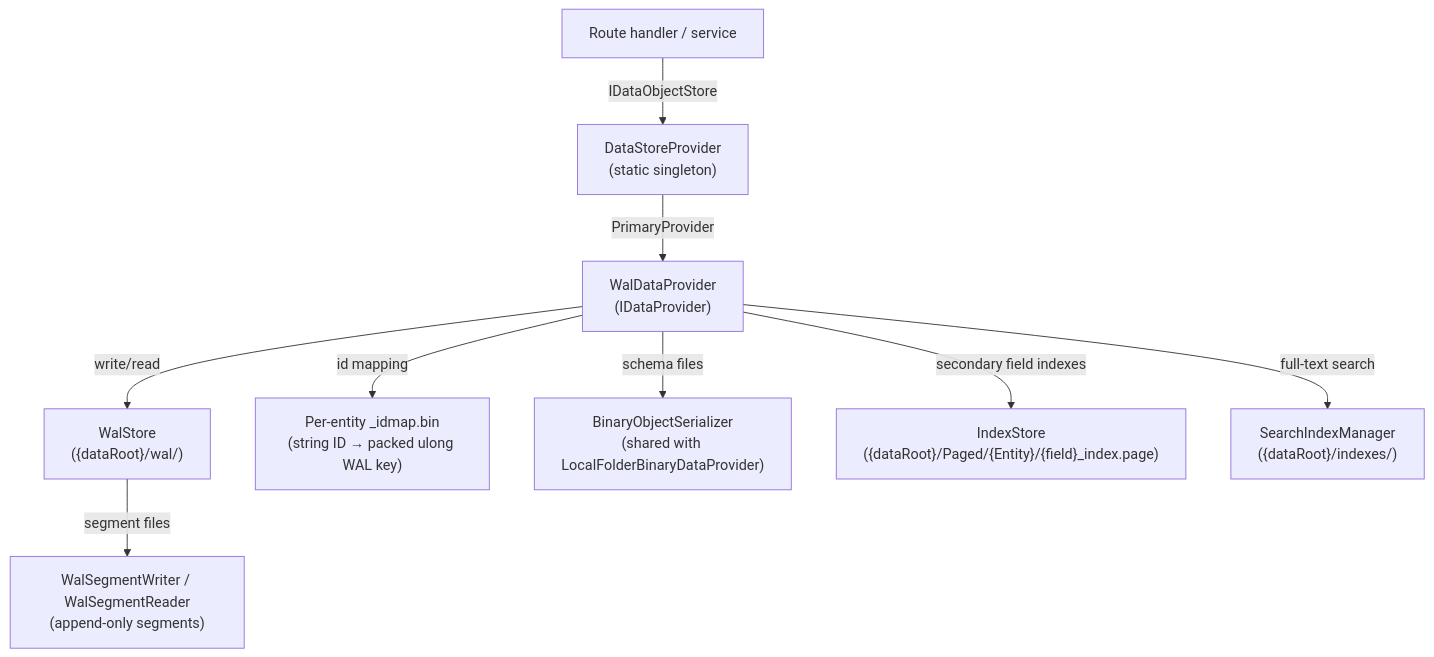
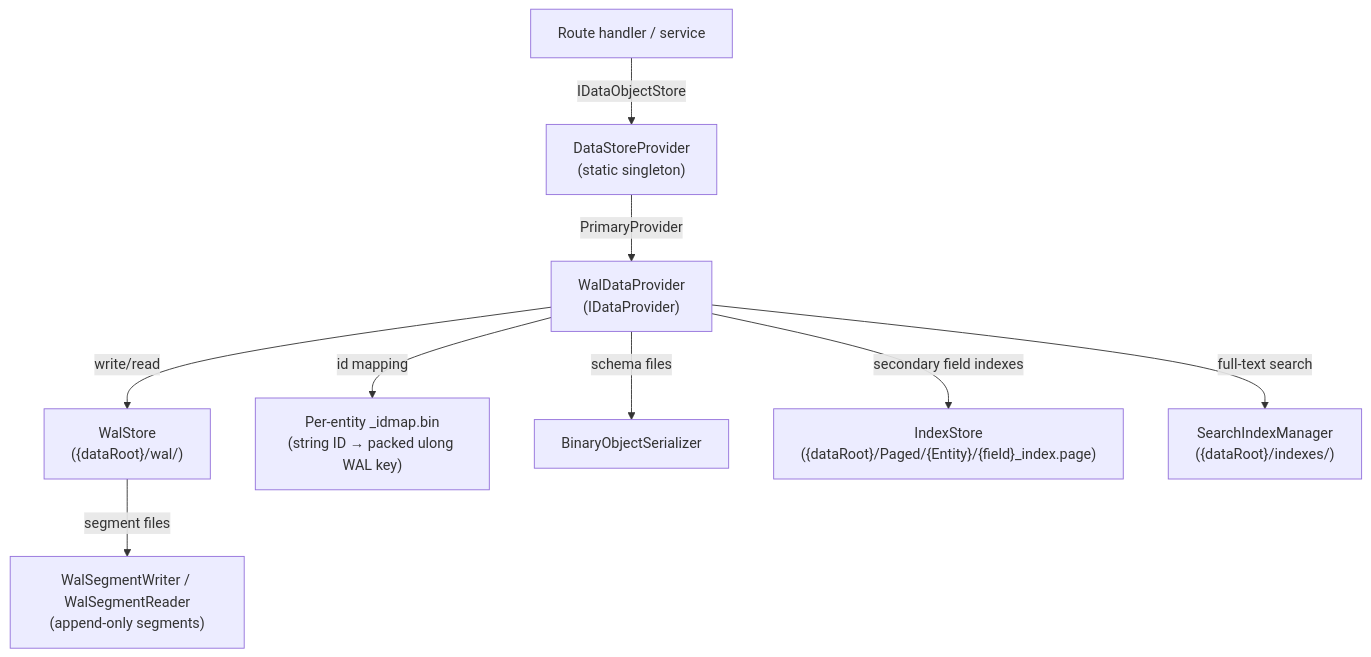
One commit to WillEastbury/BareMetalWeb changed the first of 8 diagrams in docs/architecture/data-layer.md. Above: the diagram before and after it, drawn with Mermaid. The commit also changed other lines of this file and 3 other files, not shown here.

````diff
--- a/docs/architecture/data-layer.md
+++ b/docs/architecture/data-layer.md
@@ -27,11 +13,11 @@
 ```mermaid
 graph TD
     Consumer["Route handler / service"] -->|IDataObjectStore| DSP["DataStoreProvider<br/>(static singleton)"]
     DSP -->|PrimaryProvider| WAL["WalDataProvider<br/>(IDataProvider)"]
     WAL -->|write/read| WS["WalStore<br/>({dataRoot}/wal/)"]
     WS -->|segment files| SEG["WalSegmentWriter / WalSegmentReader<br/>(append-only segments)"]
     WAL -->|id mapping| IDMap["Per-entity _idmap.bin<br/>(string ID → packed ulong WAL key)"]
-    WAL -->|schema files| BOS["BinaryObjectSerializer<br/>(shared with LocalFolderBinaryDataProvider)"]
+    WAL -->|schema files| BOS["BinaryObjectSerializer"]
     WAL -->|secondary field indexes| IS["IndexStore<br/>({dataRoot}/Paged/{Entity}/{field}_index.page)"]
     WAL -->|full-text search| SIM["SearchIndexManager<br/>({dataRoot}/indexes/)"]
 ```
````
